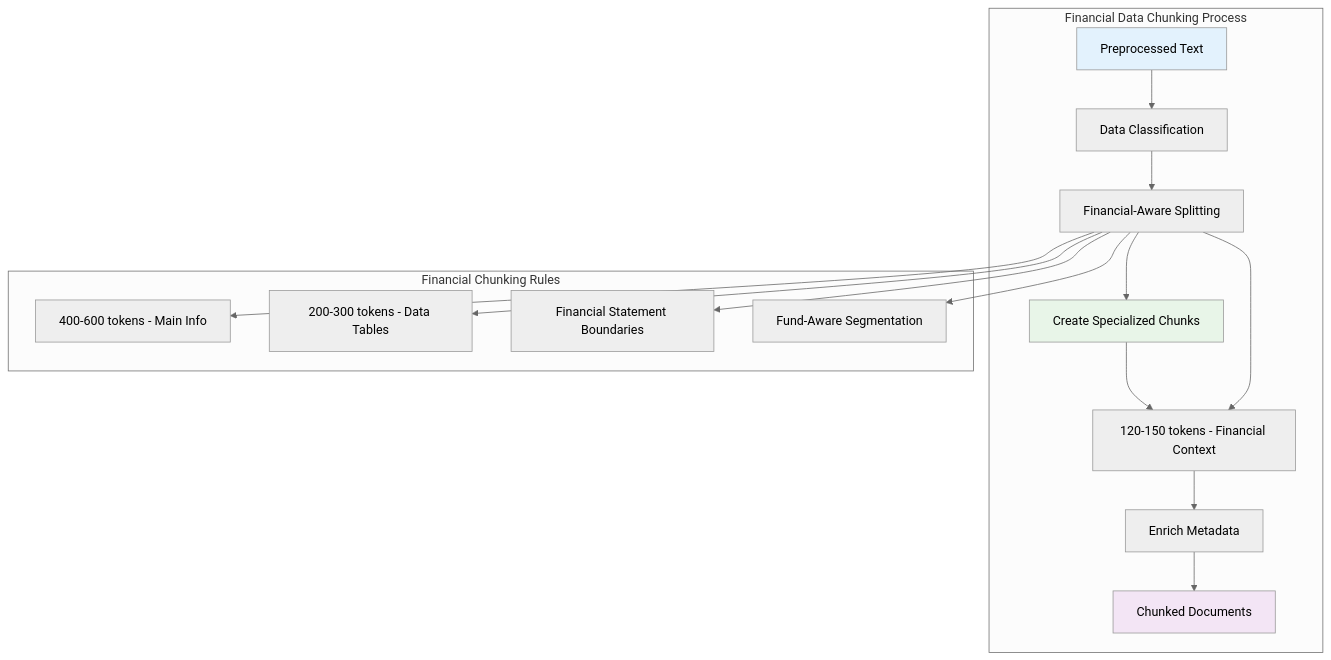
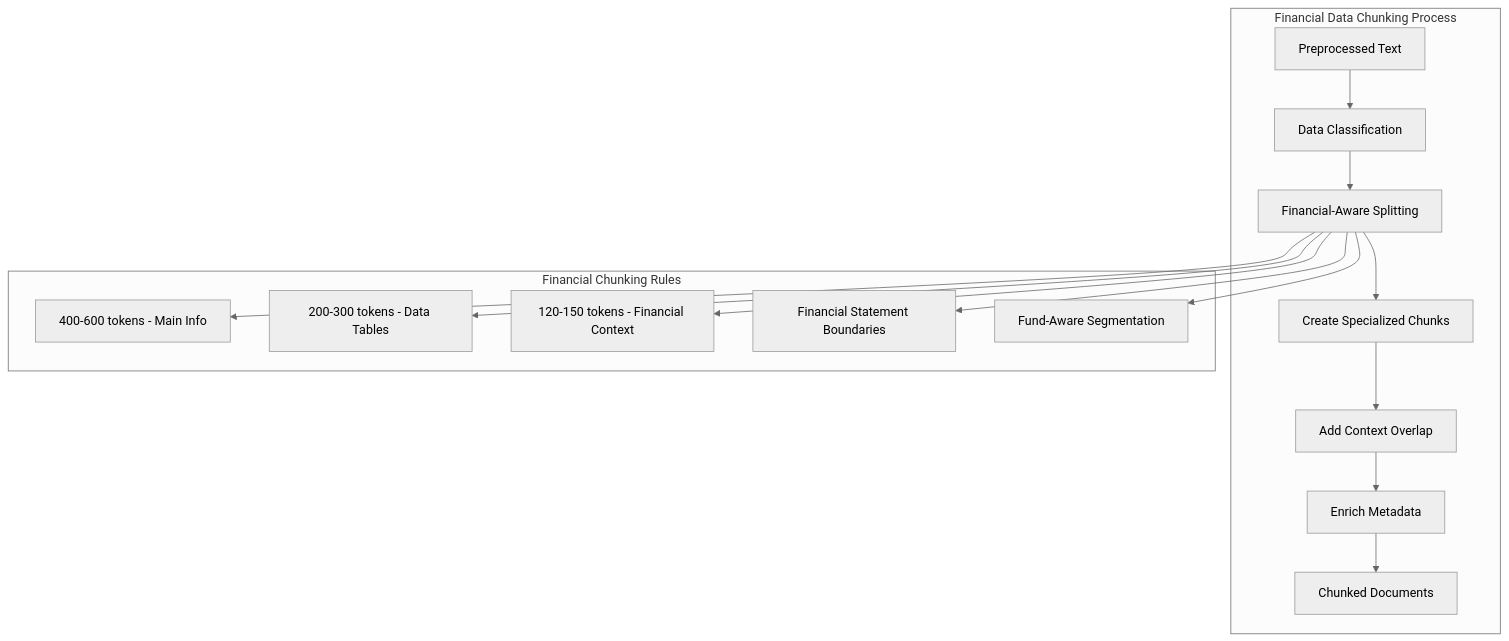
The fourth of 13 diagrams in doc/architecture.md (hey2308/Groww-RAG-chatbot), drawn with Mermaid (neutral theme) before and after one commit. The commit also changed other lines of this file, not shown here.

Commit message:
Update architecture.md: reflect current tech stack (Groq, pure Python vector store, Next.js, Render)

````diff
--- a/doc/architecture.md
+++ b/doc/architecture.md
@@ -176,37 +160,33 @@
 ```mermaid
 flowchart TB
     subgraph "Financial Data Chunking Process"
         Input[Preprocessed Text]
         Classify[Data Classification]
         Split[Financial-Aware Splitting]
         Chunk[Create Specialized Chunks]
         Overlap[Add Context Overlap]
         Metadata[Enrich Metadata]
         Output[Chunked Documents]
     end
     
     subgraph "Financial Chunking Rules"
         Primary[400-600 tokens - Main Info]
         Metrics[200-300 tokens - Data Tables]
-        Overlap[120-150 tokens - Financial Context]
+        OverlapRule[120-150 tokens - Financial Context]
         Boundary[Financial Statement Boundaries]
         Category[Fund-Aware Segmentation]
     end
     
     Input --> Classify
     Classify --> Split
     Split --> Chunk
     Chunk --> Overlap
     Overlap --> Metadata
     Metadata --> Output
     
     Split --> Primary
     Split --> Metrics
-    Split --> Overlap
+    Split --> OverlapRule
     Split --> Boundary
     Split --> Category
-    
-    style Input fill:#e3f2fd
-    style Chunk fill:#e8f5e8
-    style Output fill:#f3e5f5
 ```
````
